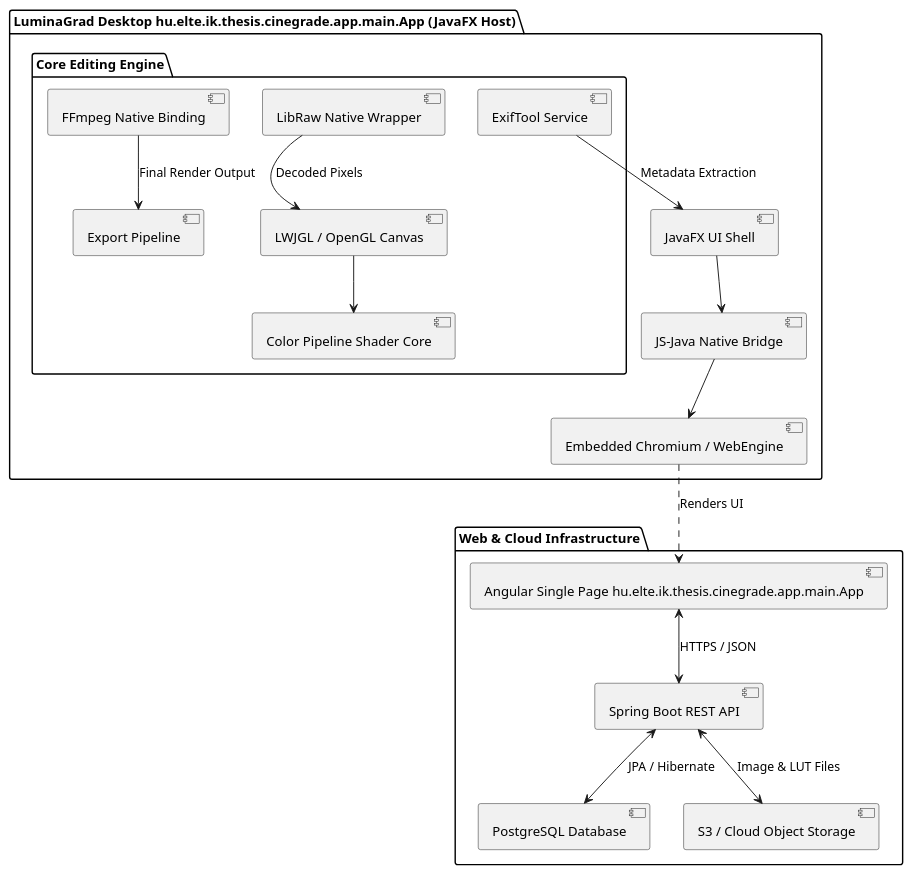
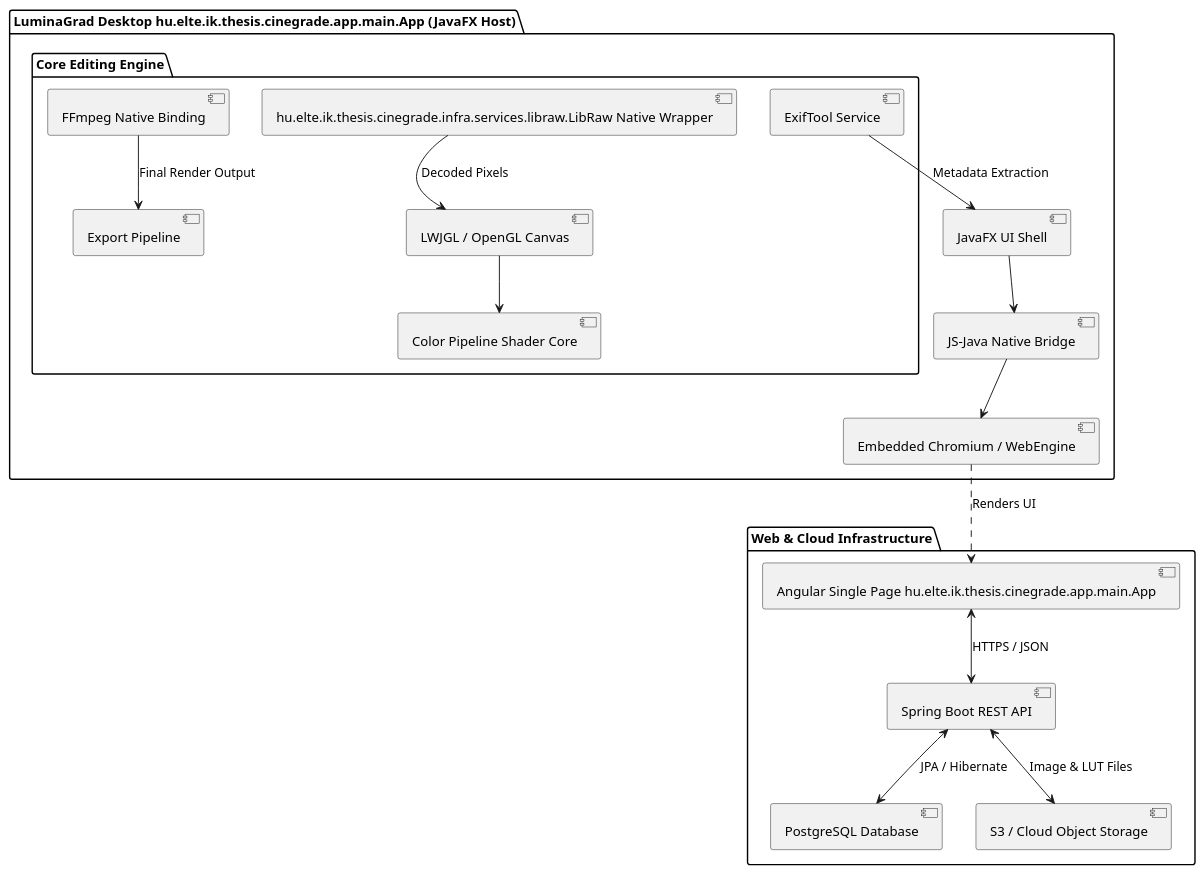
Before and after one commit to Hogyi1/CineGrade: the second of 3 diagrams in Documentation/PLAN.md, drawn with PlantUML. The commit also changed other lines of this file and 16 other files, not shown here.

````diff
--- a/Documentation/PLAN.md
+++ b/Documentation/PLAN.md
@@ -158,22 +158,22 @@
 ```plantuml
 @startuml
 package "LuminaGrad Desktop hu.elte.ik.thesis.cinegrade.app.main.App (JavaFX Host)" {
     [JavaFX UI Shell] --> [JS-Java Native Bridge]
     [JS-Java Native Bridge] --> [Embedded Chromium / WebEngine]
     
     package "Core Editing Engine" {
         [LWJGL / OpenGL Canvas] --> [Color Pipeline Shader Core]
-        [LibRaw Native Wrapper] --> [LWJGL / OpenGL Canvas] : Decoded Pixels
+        [hu.elte.ik.thesis.cinegrade.infra.services.libraw.LibRaw Native Wrapper] --> [LWJGL / OpenGL Canvas] : Decoded Pixels
         [ExifTool Service] --> [JavaFX UI Shell] : Metadata Extraction
         [FFmpeg Native Binding] --> [Export Pipeline] : Final Render Output
     }
 }
 
 package "Web & Cloud Infrastructure" {
     [Embedded Chromium / WebEngine] ..> [Angular Single Page hu.elte.ik.thesis.cinegrade.app.main.App] : Renders UI
     [Angular Single Page hu.elte.ik.thesis.cinegrade.app.main.App] <--> [Spring Boot REST API] : HTTPS / JSON
     [Spring Boot REST API] <--> [PostgreSQL Database] : JPA / Hibernate
     [Spring Boot REST API] <--> [S3 / Cloud Object Storage] : Image & LUT Files
 }
 @enduml
 ```
````
